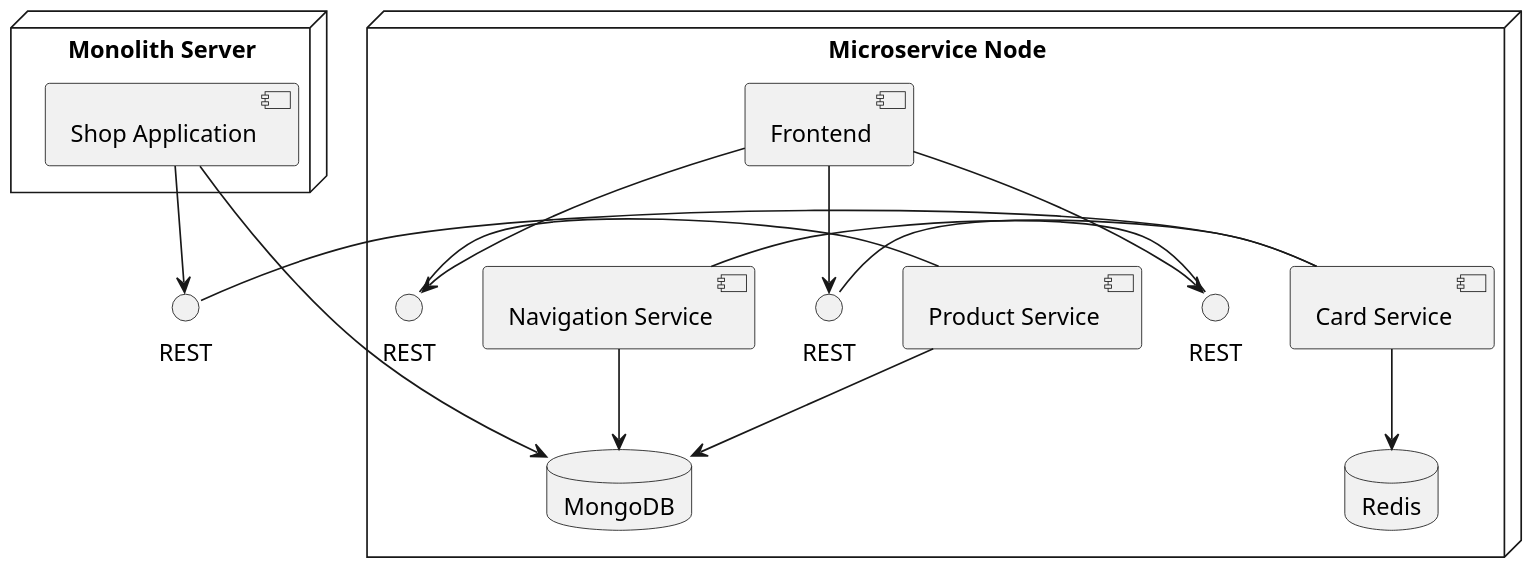
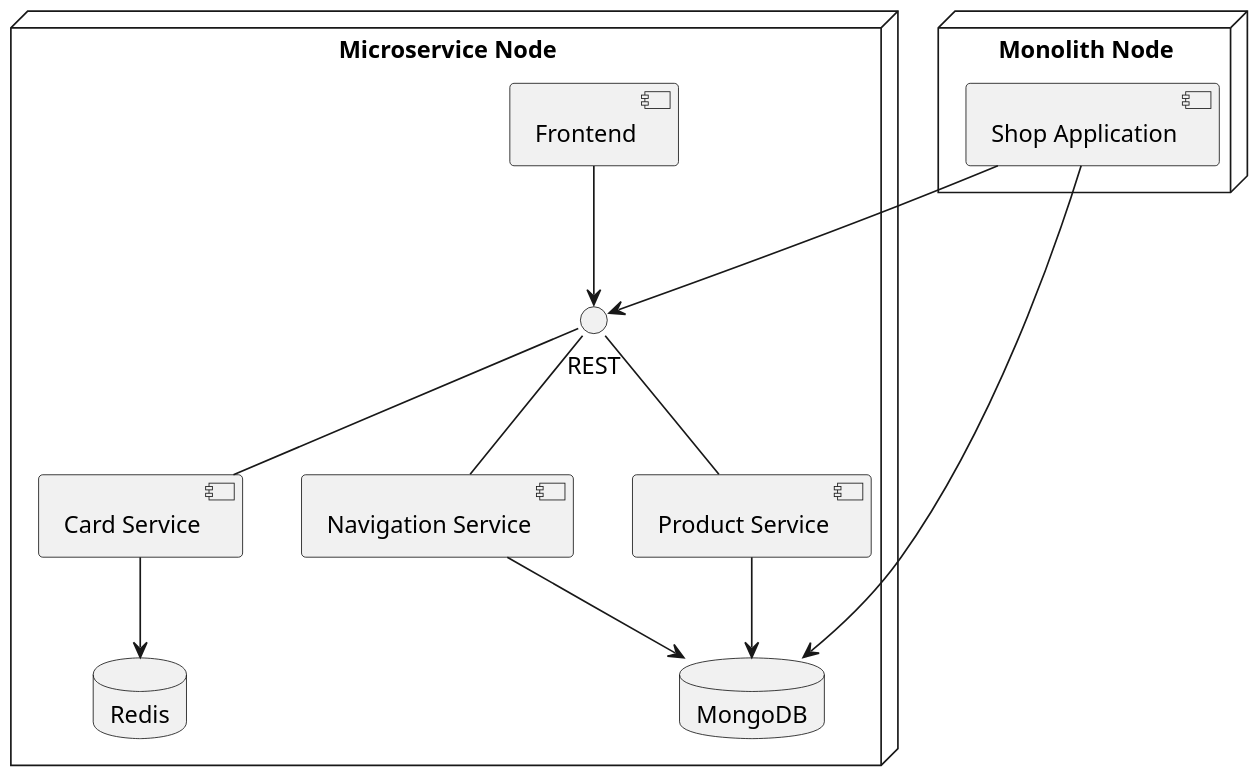
One commit to zutherb/AppStash changed the diagram in slides/01_talk/images/architecture-microservice.puml. Above: the diagram before and after it, drawn with PlantUML. The commit also changed 1 other file, not shown here.

Commit message:
layout uml diagramms

```diff
--- a/slides/01_talk/images/architecture-microservice.puml
+++ b/slides/01_talk/images/architecture-microservice.puml
@@ -1,36 +1,27 @@
 @startuml
 scale 1.5
 
-() "REST" as REST4
+node "Microservice Node" {
+[Frontend] -down-> REST
 
-node "Microservice Node" {
-() "REST" as REST1
-() "REST" as REST2
-() "REST" as REST3
+REST -down- [Product Service]
+REST -down- [Navigation Service]
+REST -down- [Card Service]
 
-[Frontend] --> REST1
-[Frontend] --> REST3
-[Frontend] --> REST2
-
-REST1 - [Product Service]
-REST2 - [Card Service]
-REST4 - [Card Service]
-REST3 - [Navigation Service]
-
-[Product Service] --> MongoDB
-[Navigation Service] --> MongoDB
-[Card Service] --> Redis
+[Product Service] -down-> MongoDB
+[Navigation Service] -down-> MongoDB
+[Card Service] -down-> Redis
 }
 
-node "Monolith Server" {
-[Shop Application] --> MongoDB
-[Shop Application] --> REST4
+node "Monolith Node" {
+[Shop Application] -down-> MongoDB
+[Shop Application] -down-> REST
 }
 
 database MongoDB {
 }
 
 database Redis {
 }
 
 @enduml
```
